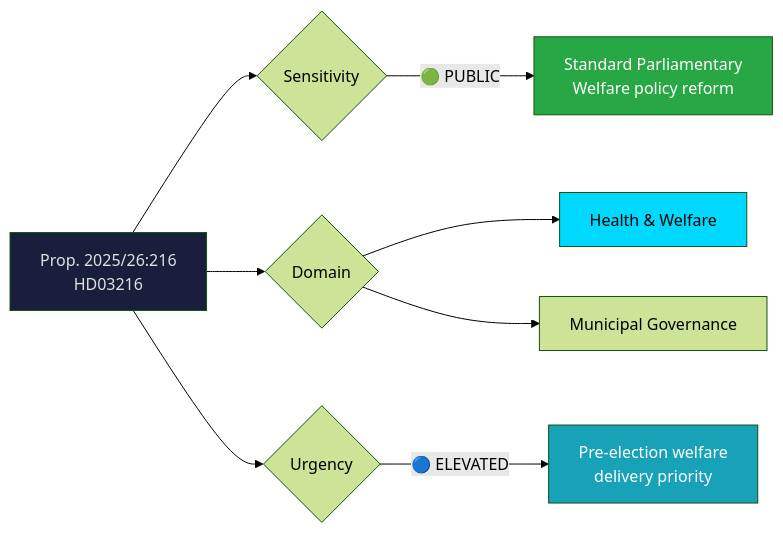
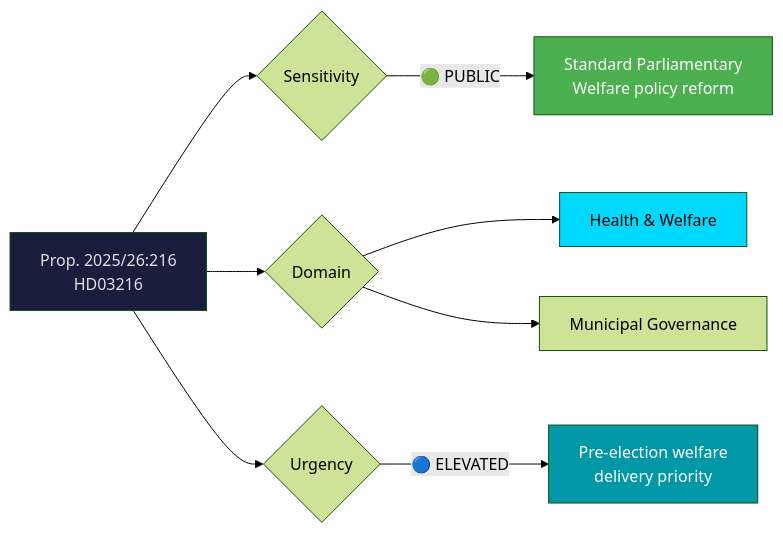
Before and after one commit to Hack23/riksdagsmonitor: the first of 3 diagrams in analysis/daily/2026-04-10/propositions/documents/hd03216-analysis.md, drawn with Mermaid (forest theme). The commit also changed other lines of this file and 785 other files, not shown here.

First line of the commit message:
Normalize mermaid colors across 786 analysis artifacts to ISMS Style Guide palette

````diff
--- a/analysis/daily/2026-04-10/propositions/documents/hd03216-analysis.md
+++ b/analysis/daily/2026-04-10/propositions/documents/hd03216-analysis.md
@@ -27,17 +27,17 @@
 ```mermaid
 graph LR
     A["Prop. 2025/26:216<br/>HD03216"] --> B{Sensitivity}
     B -->|"🟢 PUBLIC"| E["Standard Parliamentary<br/>Welfare policy reform"]
     
     A --> G{Domain}
     G --> H["Health & Welfare"]
     G --> H2["Municipal Governance"]
     
     A --> I{Urgency}
     I -->|"🔵 ELEVATED"| L["Pre-election welfare<br/>delivery priority"]
     
     style A fill:#1a1e3d,color:#e0e0e0
-    style E fill:#28a745,color:#fff
-    style H fill:#00d9ff,color:#000
-    style L fill:#17a2b8,color:#fff
+    style E fill:#4CAF50,color:#FFFFFF
+    style H fill:#00d9ff,color:#000000
+    style L fill:#0097A7,color:#FFFFFF
 ```
````
